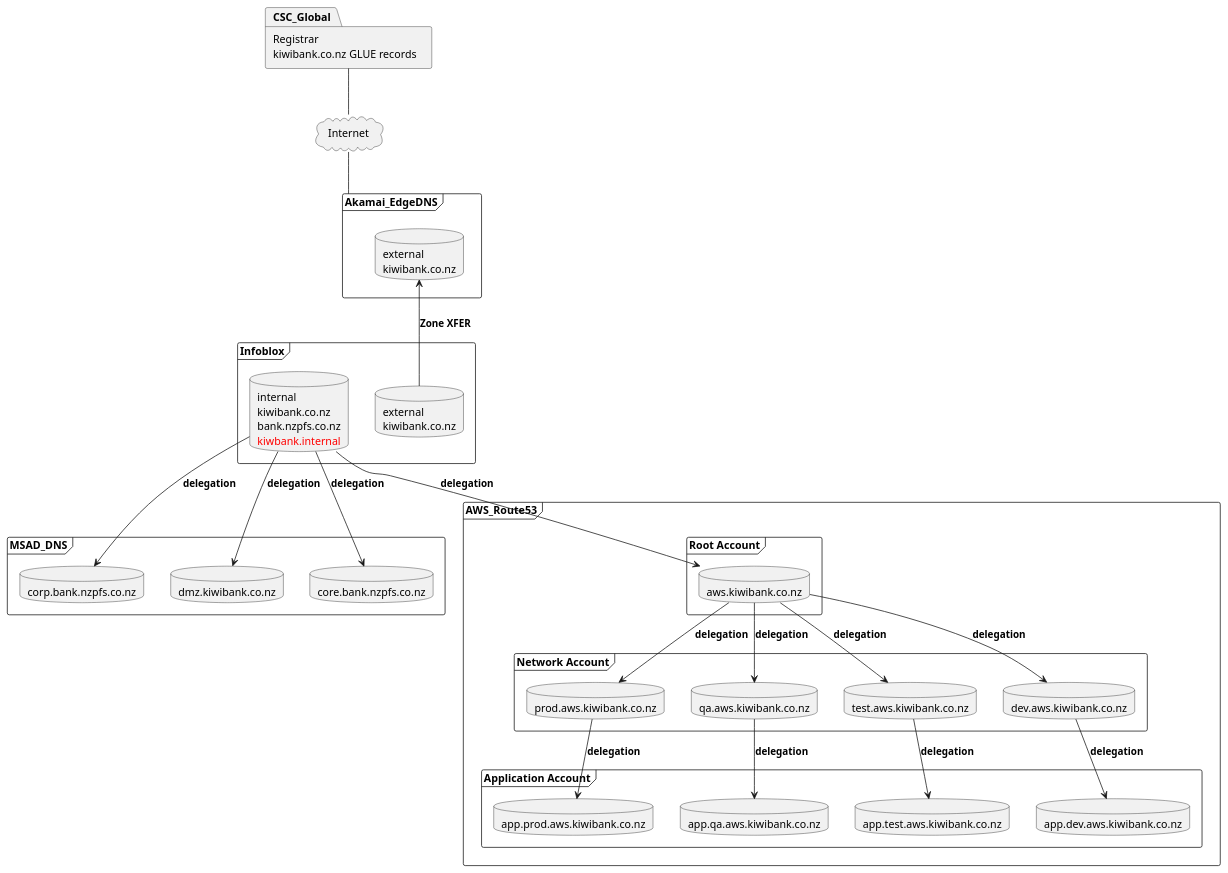
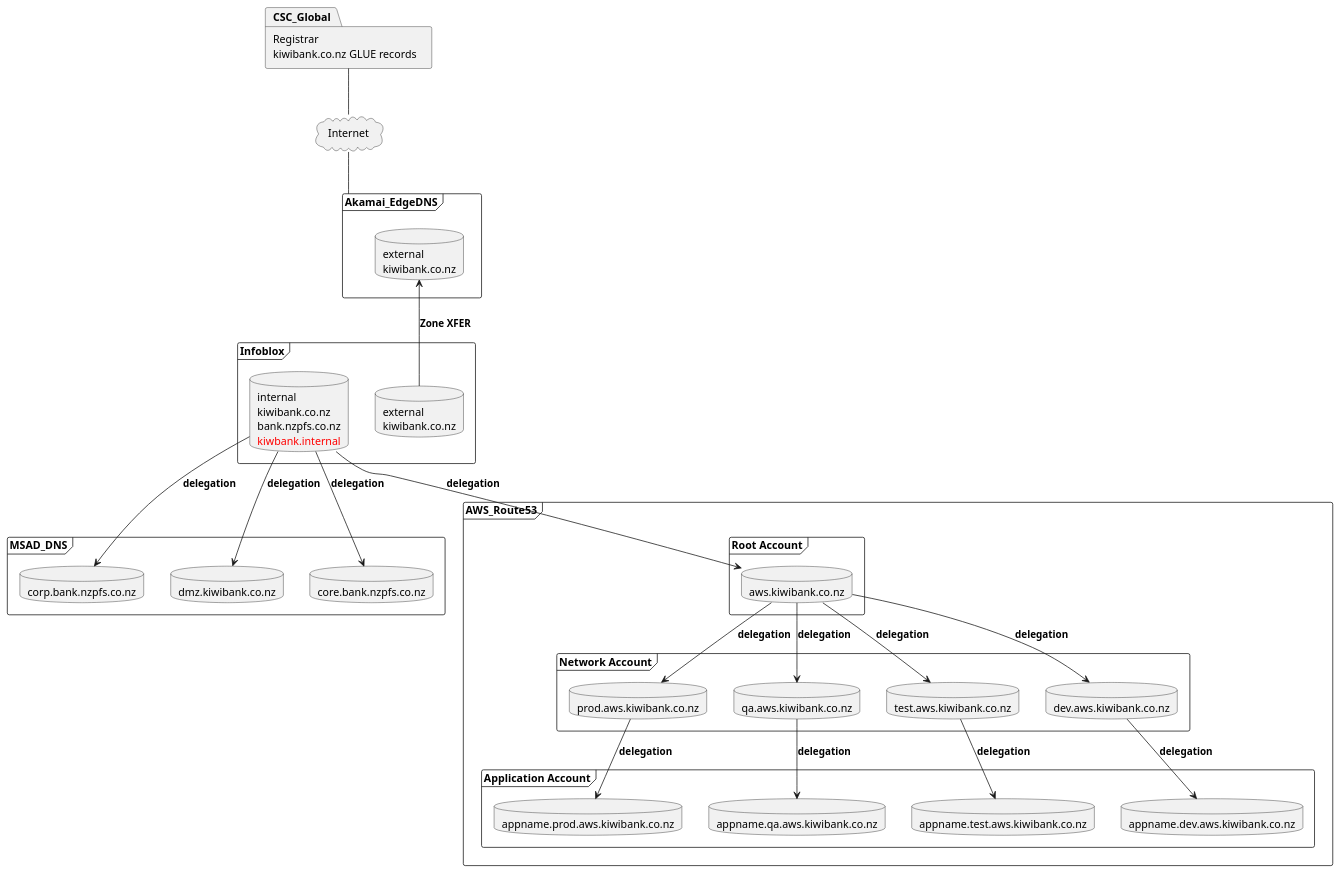
Before and after one commit to wshedd01-kiwibank/Architecture: the diagram in Network/DNS Topology.puml, drawn with PlantUML.

Commit message:
update DNS

```diff
--- a/Network/DNS Topology.puml
+++ b/Network/DNS Topology.puml
@@ -1,71 +1,71 @@
 @startuml
 package CSC_Global  [
     Registrar
     kiwibank.co.nz GLUE records
 ]
 
 frame Akamai_EdgeDNS {
     database Akamai_Edge [
         external
         kiwibank.co.nz
     ]
 }
 
 frame Infoblox {
     database external_zones [
         external
         kiwibank.co.nz
     ]
     database internal_zones [
         internal
         kiwibank.co.nz
         bank.nzpfs.co.nz
         <color:red>kiwbank.internal</color>
     ]
 }
 cloud Internet
 
 frame MSAD_DNS {
     database corp.bank.nzpfs.co.nz
     database dmz.kiwibank.co.nz
     database core.bank.nzpfs.co.nz
 }
 
 frame AWS_Route53 {
     frame "Root Account" {
         database aws.kiwibank.co.nz
     }
     frame "Network Account" {
         database prod.aws.kiwibank.co.nz
         database qa.aws.kiwibank.co.nz
         database test.aws.kiwibank.co.nz
         database dev.aws.kiwibank.co.nz
     }
     frame "Application Account" {
-        database app.prod.aws.kiwibank.co.nz
-        database app.qa.aws.kiwibank.co.nz
-        database app.test.aws.kiwibank.co.nz
-        database app.dev.aws.kiwibank.co.nz
+        database appname.prod.aws.kiwibank.co.nz
+        database appname.qa.aws.kiwibank.co.nz
+        database appname.test.aws.kiwibank.co.nz
+        database appname.dev.aws.kiwibank.co.nz
     }
 }
 
 CSC_Global -do- Internet
 Akamai_EdgeDNS -up- Internet
 
 external_zones -up-> Akamai_Edge : **Zone XFER**
 internal_zones -do-> corp.bank.nzpfs.co.nz : **delegation**
 internal_zones -do-> core.bank.nzpfs.co.nz : **delegation**
 internal_zones -do-> dmz.kiwibank.co.nz : **delegation**
 internal_zones -do-> aws.kiwibank.co.nz : **delegation**
 
 aws.kiwibank.co.nz -do-> prod.aws.kiwibank.co.nz : **delegation**
 aws.kiwibank.co.nz -do-> qa.aws.kiwibank.co.nz : **delegation**
 aws.kiwibank.co.nz -do-> test.aws.kiwibank.co.nz : **delegation**
 aws.kiwibank.co.nz -do-> dev.aws.kiwibank.co.nz : **delegation**
 
-prod.aws.kiwibank.co.nz -do-> app.prod.aws.kiwibank.co.nz : **delegation**
-qa.aws.kiwibank.co.nz -do-> app.qa.aws.kiwibank.co.nz : **delegation**
-test.aws.kiwibank.co.nz -do-> app.test.aws.kiwibank.co.nz : **delegation**
-dev.aws.kiwibank.co.nz -do-> app.dev.aws.kiwibank.co.nz : **delegation**
+prod.aws.kiwibank.co.nz -do-> appname.prod.aws.kiwibank.co.nz : **delegation**
+qa.aws.kiwibank.co.nz -do-> appname.qa.aws.kiwibank.co.nz : **delegation**
+test.aws.kiwibank.co.nz -do-> appname.test.aws.kiwibank.co.nz : **delegation**
+dev.aws.kiwibank.co.nz -do-> appname.dev.aws.kiwibank.co.nz : **delegation**
 
 @enduml
```
